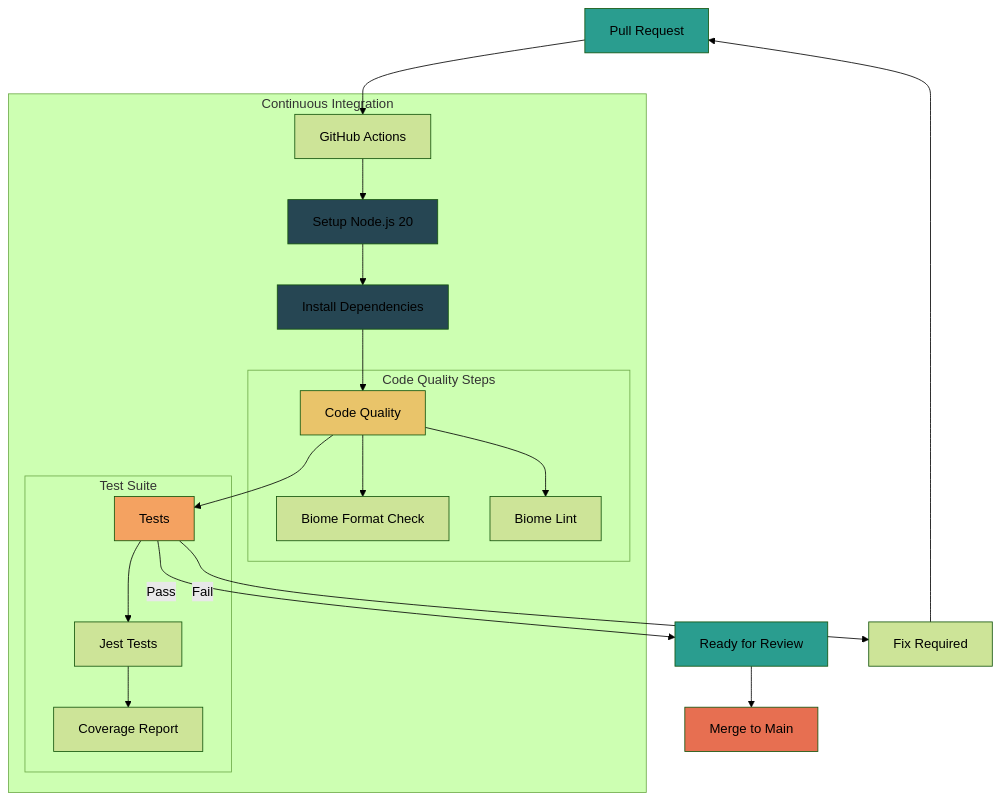
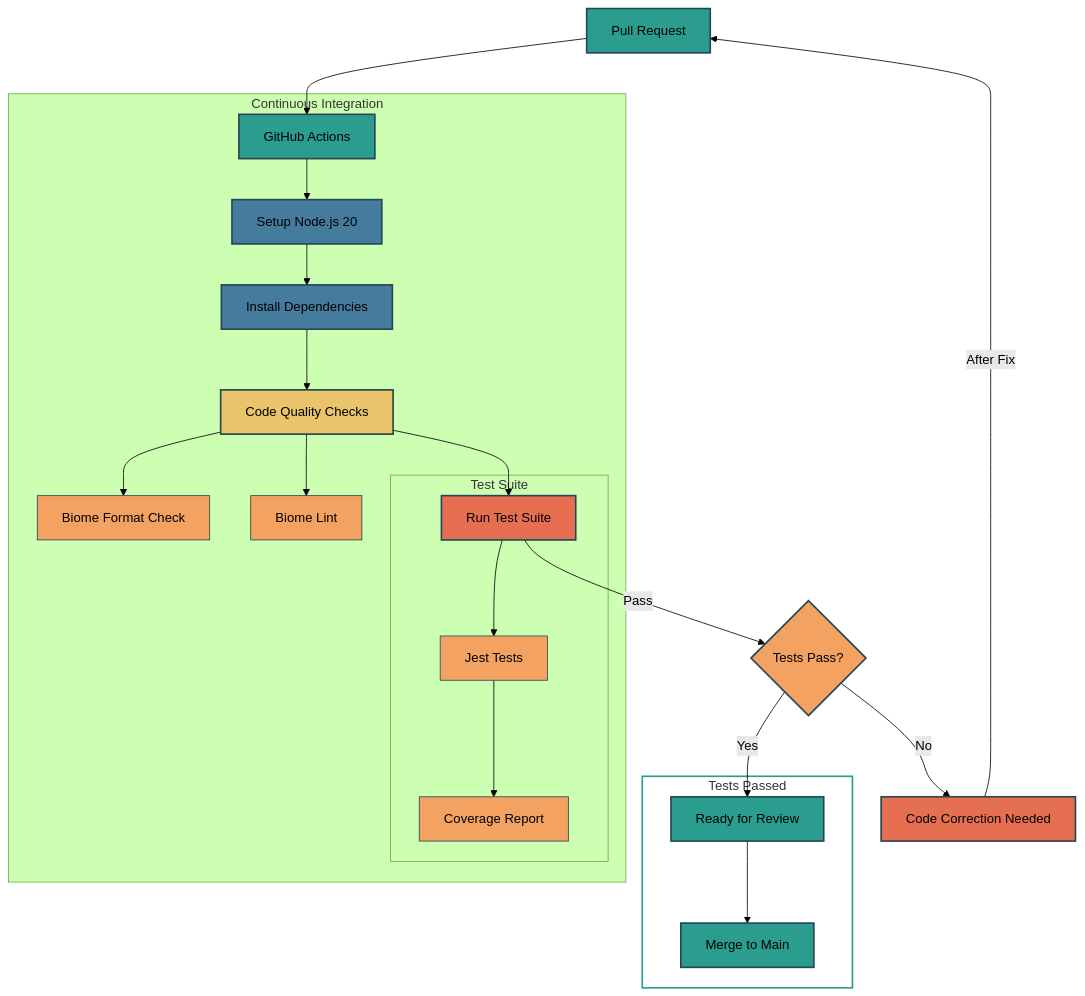
The diagram in docs/cicd_diagram.md (CSE-210-Team-11/cse210-fa24-group-11), drawn with Mermaid (forest theme) before and after one commit.

Commit message:
cicd diagram update

````diff
--- a/docs/cicd_diagram.md
+++ b/docs/cicd_diagram.md
@@ -1,37 +1,57 @@
 ```mermaid
 flowchart TD
+    %% Pull Request Starts the Process
     PR[Pull Request] --> GHA[GitHub Actions]
-    
+
+    %% Continuous Integration Subgraph
     subgraph "Continuous Integration"
         GHA --> Setup[Setup Node.js 20]
         Setup --> Install[Install Dependencies]
-        Install --> Quality[Code Quality]
-        Quality --> Tests[Tests]
-        
-        subgraph "Code Quality Steps"
-            Quality --> Format[Biome Format Check]
-            Quality --> Lint[Biome Lint]
-        end
+        Install --> Quality[Code Quality Checks]
+        Quality --> Format[Biome Format Check]
+        Quality --> Lint[Biome Lint]
+        Quality --> Tests[Run Test Suite]
 
+        %% Test Suite Subgraph
         subgraph "Test Suite"
             Tests --> Jest[Jest Tests]
             Jest --> Coverage[Coverage Report]
         end
     end
 
-    Tests -->|Pass| Review[Ready for Review]
-    
-    Tests -->|Fail| Fix[Fix Required]
-    Fix --> PR
-    
+    %% Decision after Tests
+    Tests -->|Pass| Decision{Tests Pass?}
+    Decision -->|Yes| Review[Ready for Review]
+    Decision -->|No| Fix[Code Correction Needed]
+
+    Fix -->|After Fix| PR
+
     Review --> Merge[Merge to Main]
-    
-    style PR fill:#2a9d8f
-    style Setup fill:#264653
-    style Install fill:#264653
-    style Quality fill:#e9c46a
-    style Tests fill:#f4a261
-    style Review fill:#2a9d8f
-    style Merge fill:#e76f51
+
+    %% Outline Box for "Tests Passed"
+    subgraph PassedTests["Tests Passed"]
+        style PassedTests fill:none,stroke:#2a9d8f,stroke-width:2px
+        Review
+        Merge
+    end
+
+    %% Styling for Visual Clarity
+    style PR fill:#2a9d8f,stroke:#264653,stroke-width:2px
+    style GHA fill:#2a9d8f,stroke:#264653,stroke-width:2px
+    style Setup fill:#457b9d,stroke:#264653,stroke-width:2px
+    style Install fill:#457b9d,stroke:#264653,stroke-width:2px
+    style Quality fill:#e9c46a,stroke:#264653,stroke-width:2px
+    style Format fill:#f4a261,stroke:#264653,stroke-width:1px
+    style Lint fill:#f4a261,stroke:#264653,stroke-width:1px
+    style Tests fill:#e76f51,stroke:#264653,stroke-width:2px
+    style Jest fill:#f4a261,stroke:#264653,stroke-width:1px
+    style Coverage fill:#f4a261,stroke:#264653,stroke-width:1px
+    style Decision fill:#f4a261,stroke:#264653,stroke-width:2px,shape:diamond
+    style Fix fill:#e76f51,stroke:#264653,stroke-width:2px
+    style Review fill:#2a9d8f,stroke:#264653,stroke-width:2px
+    style Merge fill:#2a9d8f,stroke:#264653,stroke-width:2px
+
+
+
 
 ```
````
